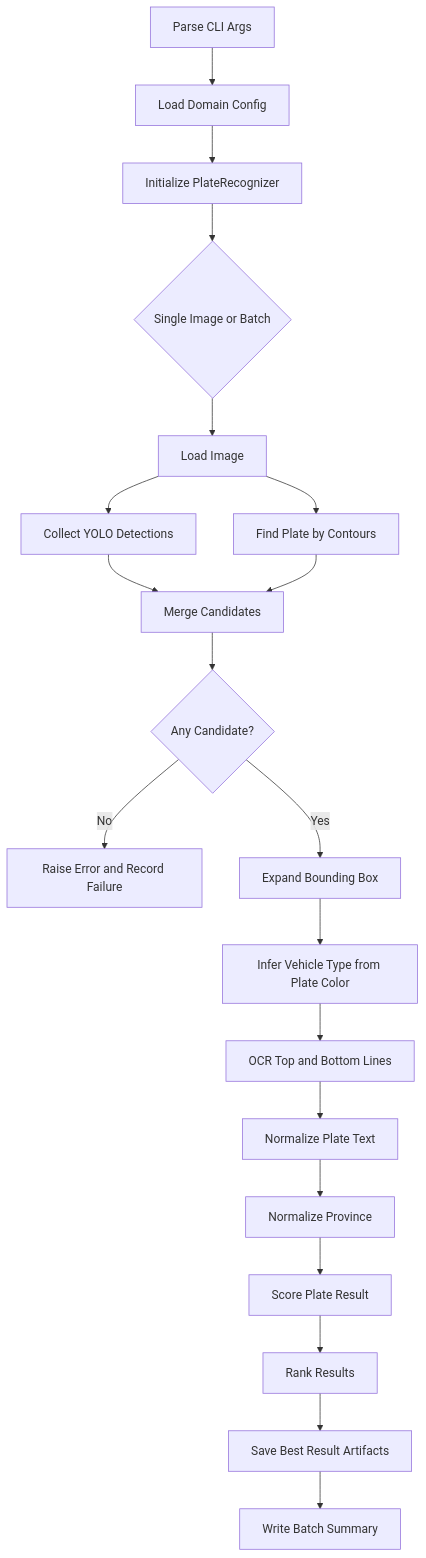
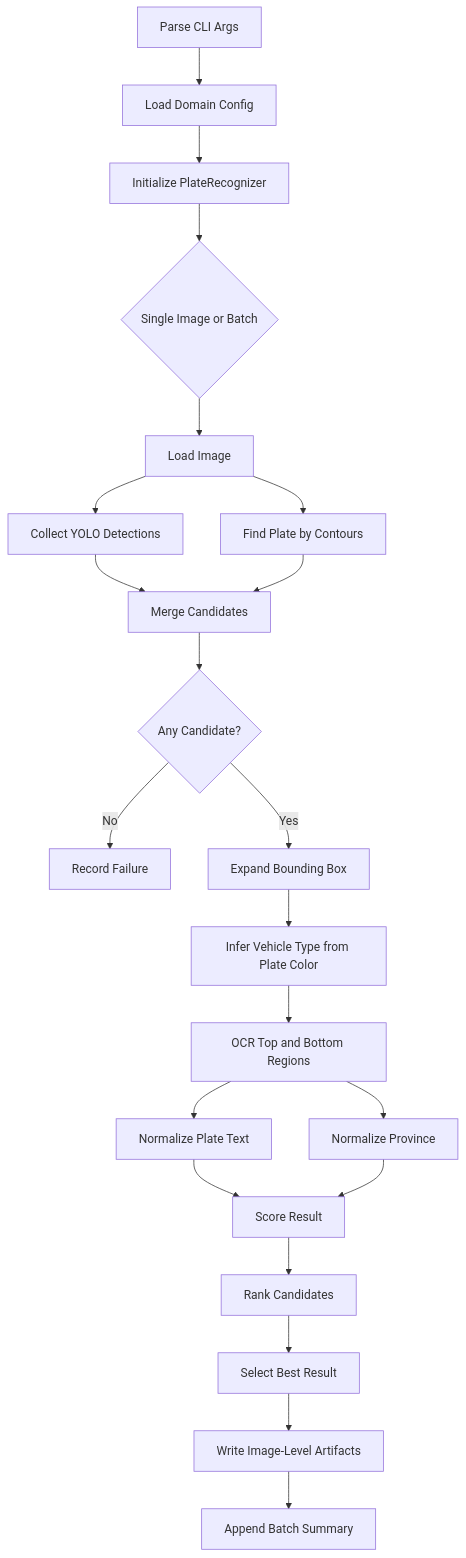
Before and after one commit to Kidpech-code/thai_license_plate: the third of 8 diagrams in README.md, drawn with Mermaid. The commit also changed other lines of this file, not shown here.

Commit message:
Expand README with bilingual docs and diagrams

````diff
--- a/README.md
+++ b/README.md
@@ -83,22 +183,24 @@
 ```mermaid
 flowchart TD
     A[Parse CLI Args] --> B[Load Domain Config]
     B --> C[Initialize PlateRecognizer]
     C --> D{Single Image or Batch}
     D --> E[Load Image]
     E --> F[Collect YOLO Detections]
     E --> G[Find Plate by Contours]
     F --> H[Merge Candidates]
     G --> H
     H --> I{Any Candidate?}
-    I -- No --> J[Raise Error and Record Failure]
+    I -- No --> J[Record Failure]
     I -- Yes --> K[Expand Bounding Box]
     K --> L[Infer Vehicle Type from Plate Color]
-    L --> M[OCR Top and Bottom Lines]
+    L --> M[OCR Top and Bottom Regions]
     M --> N[Normalize Plate Text]
-    N --> O[Normalize Province]
-    O --> P[Score Plate Result]
-    P --> Q[Rank Results]
-    Q --> R[Save Best Result Artifacts]
-    R --> S[Write Batch Summary]
+    M --> O[Normalize Province]
+    N --> P[Score Result]
+    O --> P
+    P --> Q[Rank Candidates]
+    Q --> R[Select Best Result]
+    R --> S[Write Image-Level Artifacts]
+    S --> T[Append Batch Summary]
 ```
````
